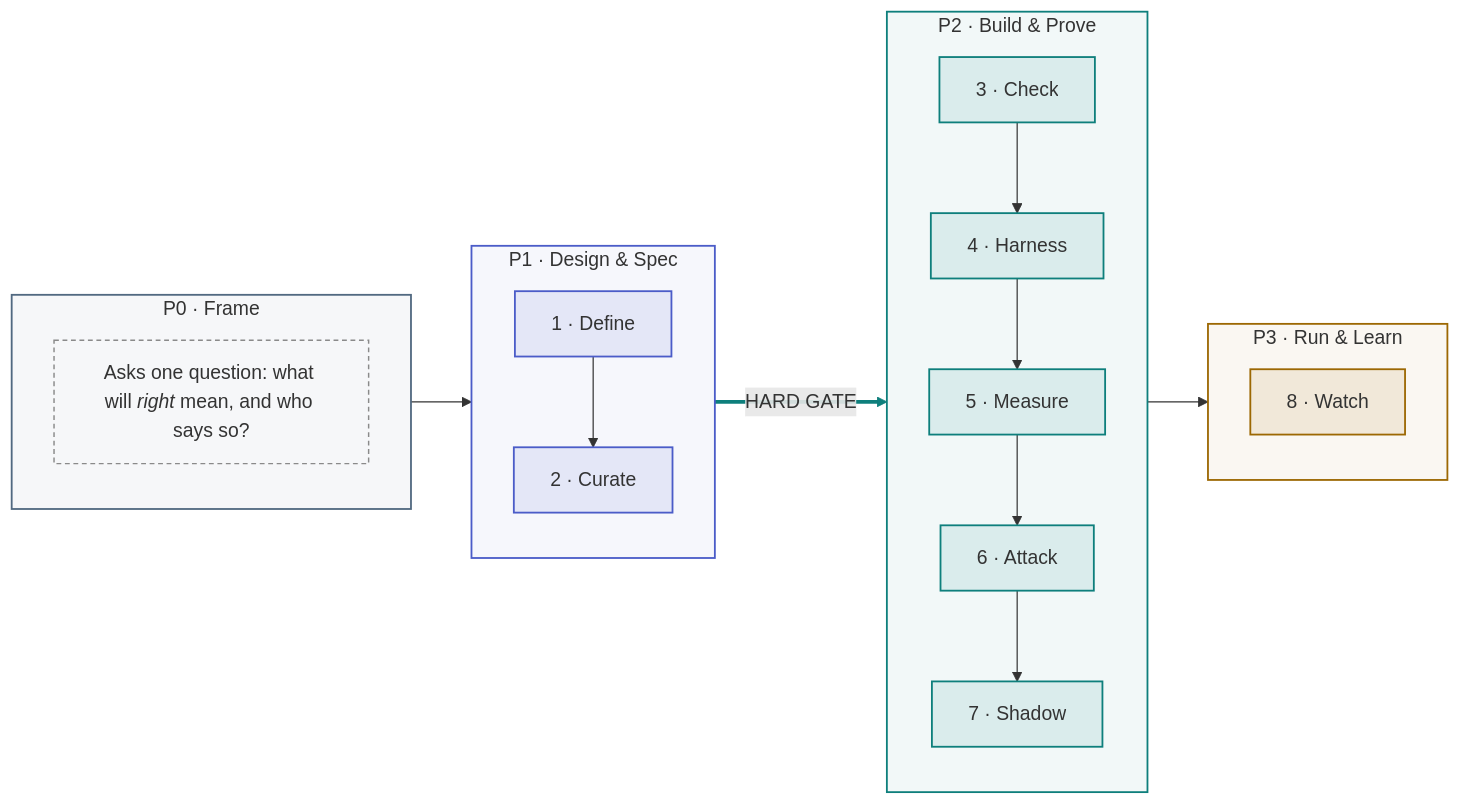
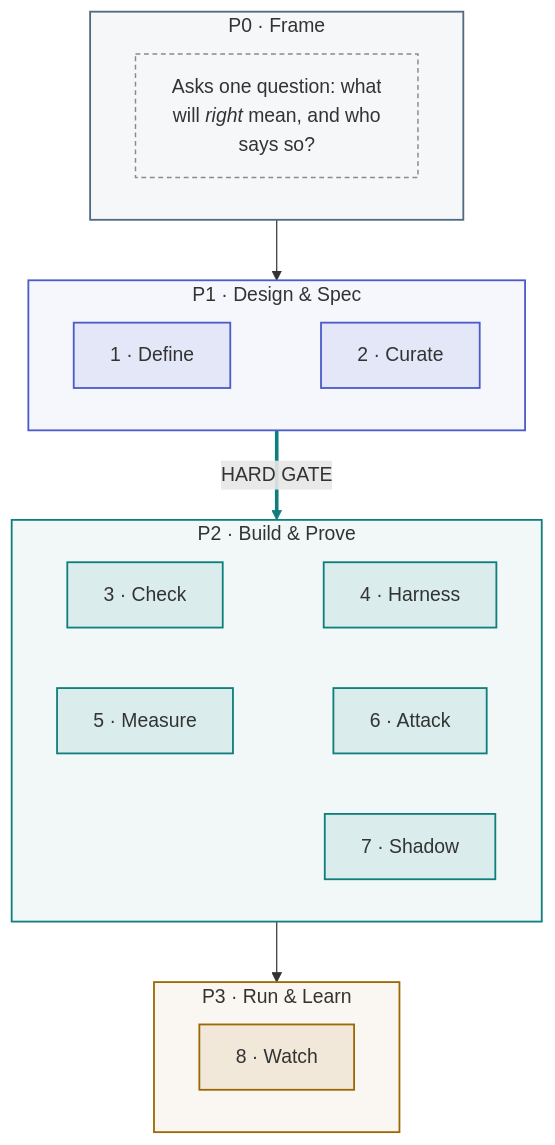
Before and after one commit to akash-coded/aws-bedrock-agentcore-strands: the diagram in wiki/Journey-QA-Lead.md, drawn with Mermaid. The commit also changed other lines of this file and 30 other files, not shown here.

````diff
--- a/wiki/Journey-QA-Lead.md
+++ b/wiki/Journey-QA-Lead.md
@@ -23,46 +25,38 @@
 ```mermaid
-flowchart LR
+flowchart TB
   subgraph P0["P0 · Frame"]
-    direction TB
-    P0X["Asks one question: what will <i>right</i> mean, and who says so?"]
+    direction LR
+    P0X["Asks one question: what<br/>will <i>right</i> mean, and who<br/>says so?"]
   end
   subgraph P1["P1 · Design & Spec"]
-    direction TB
-    S1["1 · Define"]
-    S2["2 · Curate"]
-    S1 --> S2
+    direction LR
+    S1["1 · Define"] ~~~ S2["2 · Curate"]
   end
   subgraph P2["P2 · Build & Prove"]
-    direction TB
-    S3["3 · Check"]
-    S4["4 · Harness"]
-    S5["5 · Measure"]
-    S6["6 · Attack"]
+    direction LR
+    S3["3 · Check"] ~~~ S4["4 · Harness"]
+    S5["5 · Measure"] ~~~ S6["6 · Attack"]
     S7["7 · Shadow"]
-    S3 --> S4
-    S4 --> S5
-    S5 --> S6
-    S6 --> S7
   end
   subgraph P3["P3 · Run & Learn"]
-    direction TB
+    direction LR
     S8["8 · Watch"]
   end
   P0 --> P1
   P1 -->|"HARD GATE"| P2
   P2 --> P3
   classDef p0 fill:#5169811A,stroke:#516981,stroke-width:1.5px
   style P0 fill:#5169810D,stroke:#516981,stroke-width:1.5px
   classDef p1 fill:#4B5CC81A,stroke:#4B5CC8,stroke-width:1.5px
   class S1,S2 p1
   style P1 fill:#4B5CC80D,stroke:#4B5CC8,stroke-width:1.5px
   classDef p2 fill:#0E7F7C1A,stroke:#0E7F7C,stroke-width:1.5px
   class S3,S4,S5,S6,S7 p2
   style P2 fill:#0E7F7C0D,stroke:#0E7F7C,stroke-width:1.5px
   classDef p3 fill:#9C68031A,stroke:#9C6803,stroke-width:1.5px
   class S8 p3
   style P3 fill:#9C68030D,stroke:#9C6803,stroke-width:1.5px
   classDef absent fill:none,stroke:#8A8A8A,stroke-width:1.2px,stroke-dasharray:4 3
   class P0X absent
-  linkStyle 6 stroke:#0E7F7C,stroke-width:3px
+  linkStyle 4 stroke:#0E7F7C,stroke-width:3px
 ```
````
